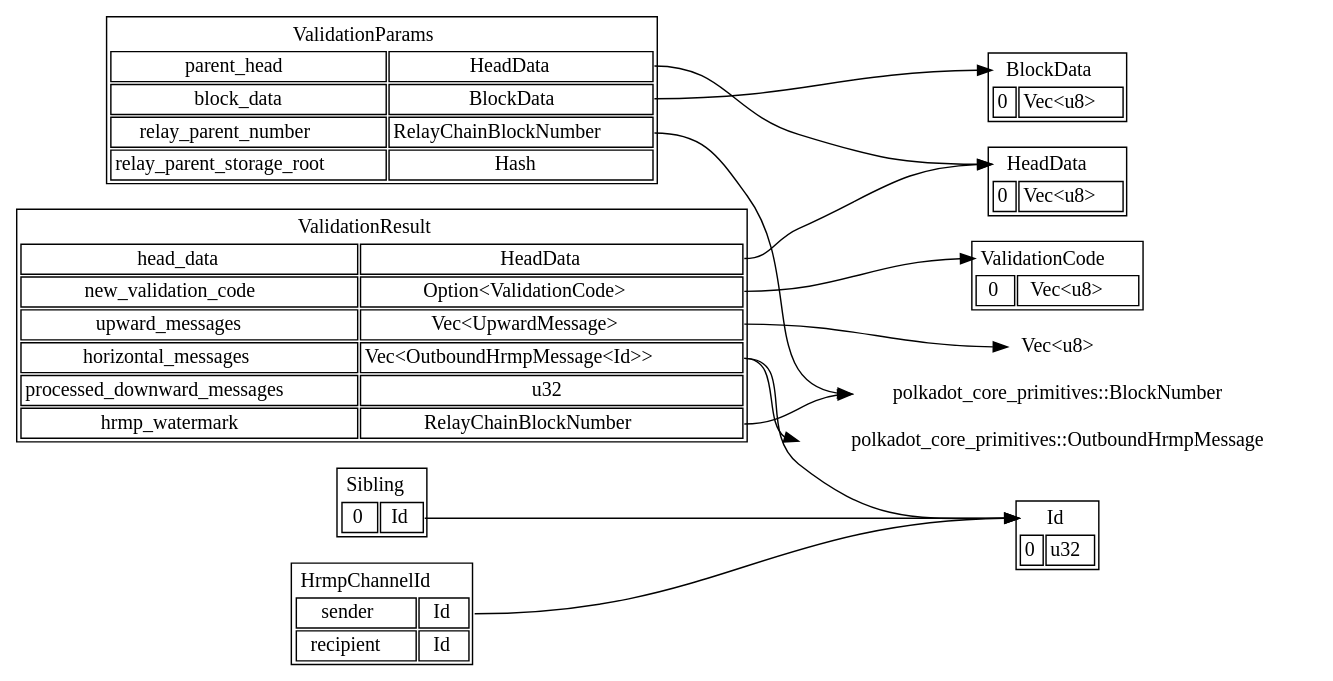
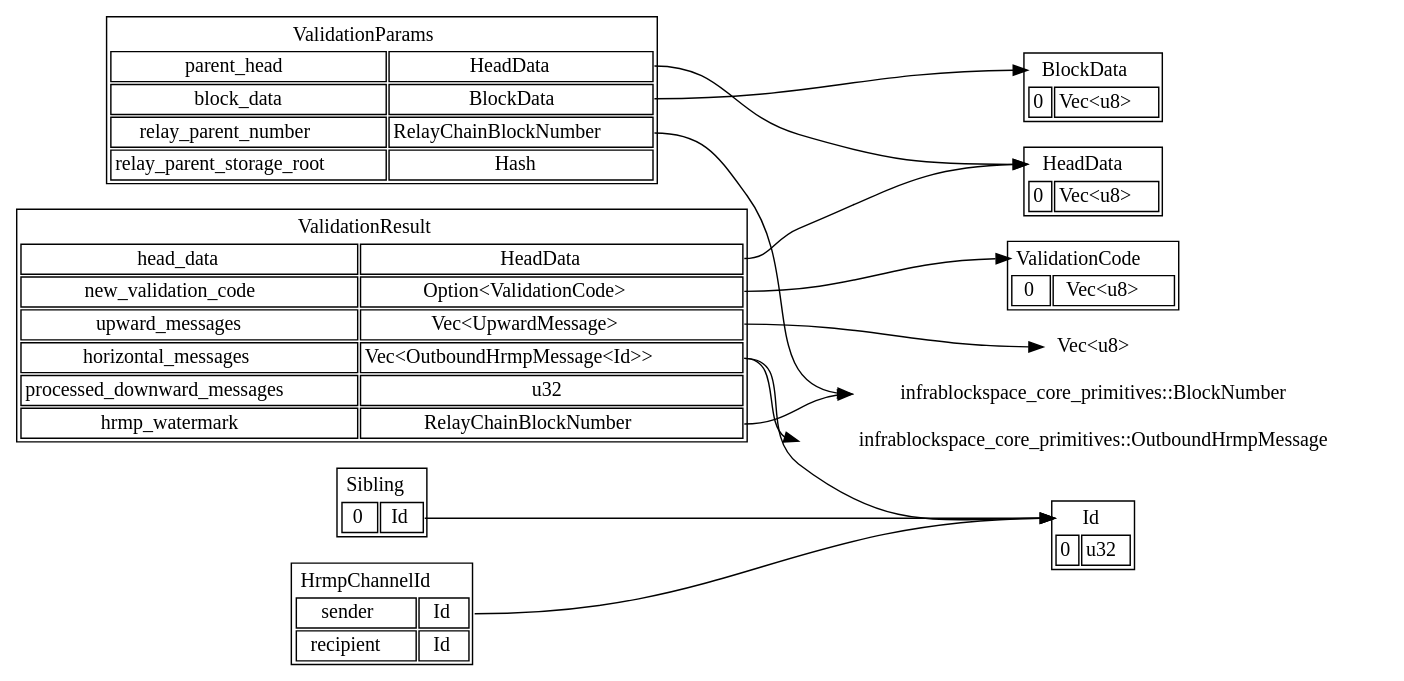
The second of 2 diagrams in infrablockspace/roadmap/implementers-guide/src/types/README.md (InfraBlockchain/infrablockchain-substrate), drawn with Graphviz before and after one commit. The commit also changed other lines of this file and 335 other files, not shown here.

````diff
--- a/infrablockspace/roadmap/implementers-guide/src/types/README.md
+++ b/infrablockspace/roadmap/implementers-guide/src/types/README.md
@@ -405,7 +405,7 @@
     ValidationParams:block_data -> BlockData:name
     ValidationParams:relay_parent_number -> RelayChainBlockNumber:w
 
-    RelayChainBlockNumber [label = "polkadot_core_primitives::BlockNumber"]
+    RelayChainBlockNumber [label = "infrablockspace_core_primitives::BlockNumber"]
 
     ValidationResult [label = <
         <table>
@@ -427,6 +427,6 @@
     ValidationResult:hrmp_watermark -> RelayChainBlockNumber:w
 
     UpwardMessage [label = "Vec<u8>"]
-    OutboundHrmpMessage [label = "polkadot_core_primitives::OutboundHrmpMessage"]
+    OutboundHrmpMessage [label = "infrablockspace_core_primitives::OutboundHrmpMessage"]
 }
 ```
````
